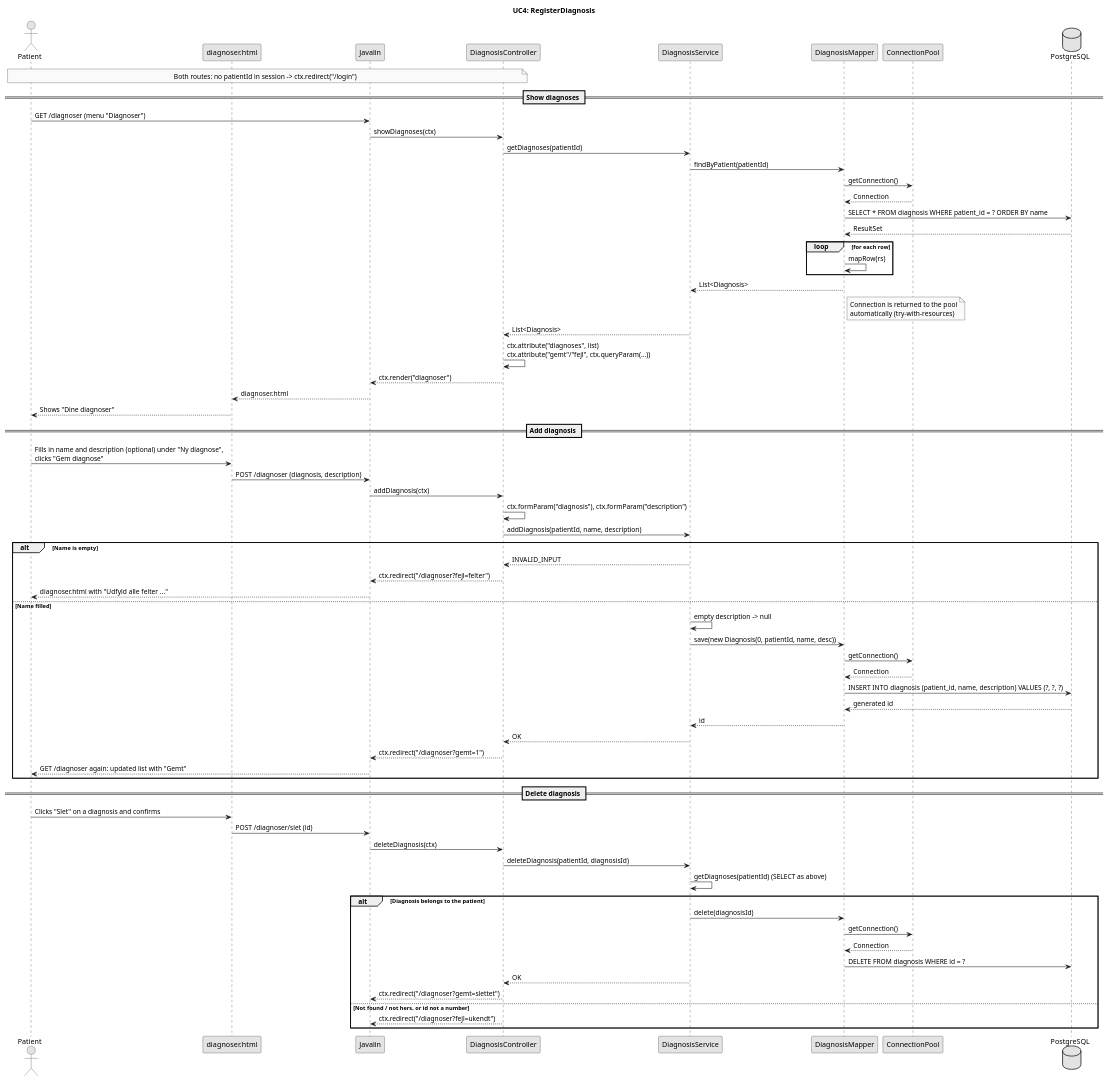
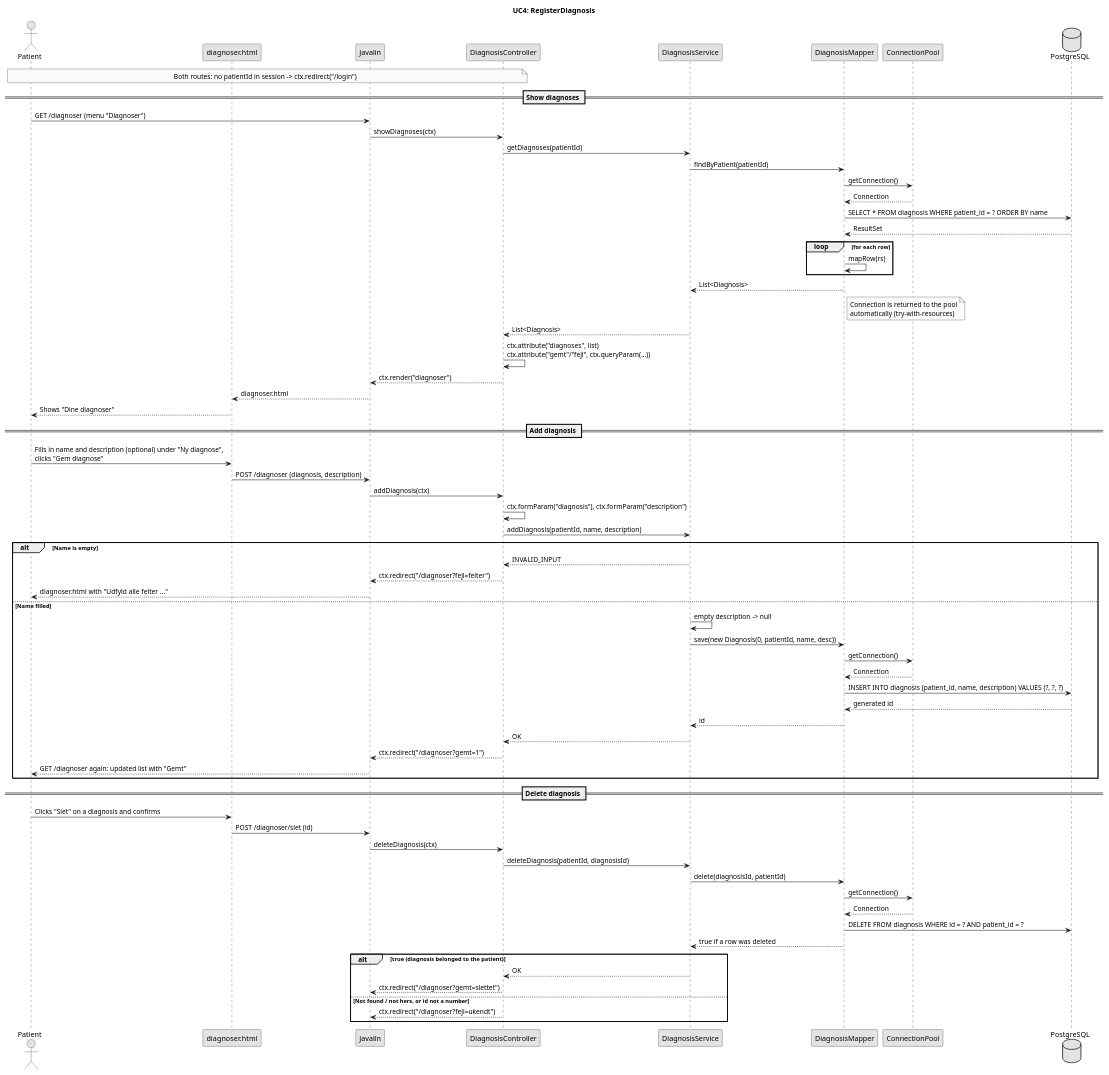
Before and after one commit to BesimaP/Simpl-PET-project: the diagram in doc/dynamic/UC4 - RegisterDiagnosis.puml, drawn with PlantUML. The commit also changed 51 other files, not shown here.

```diff
--- a/doc/dynamic/UC4 - RegisterDiagnosis.puml
+++ b/doc/dynamic/UC4 - RegisterDiagnosis.puml
@@ -1,80 +1,80 @@
 @startuml
 !pragma layout smetana
 skinparam shadowing false
 skinparam monochrome true
 skinparam defaultFontName Arial
 
 title UC4: RegisterDiagnosis
 
 actor "Patient" as u
 participant "diagnoser.html" as v
 participant "Javalin" as j
 participant "DiagnosisController" as c
 participant "DiagnosisService" as s
 participant "DiagnosisMapper" as dm
 participant "ConnectionPool" as cp
 database "PostgreSQL" as db
 
 note over u, c : Both routes: no patientId in session -> ctx.redirect("/login")
 
 == Show diagnoses ==
 u -> j : GET /diagnoser (menu "Diagnoser")
 j -> c : showDiagnoses(ctx)
 c -> s : getDiagnoses(patientId)
 s -> dm : findByPatient(patientId)
 dm -> cp : getConnection()
 cp --> dm : Connection
 dm -> db : SELECT * FROM diagnosis WHERE patient_id = ? ORDER BY name
 db --> dm : ResultSet
 loop for each row
   dm -> dm : mapRow(rs)
 end
 dm --> s : List<Diagnosis>
 note right of dm : Connection is returned to the pool\nautomatically (try-with-resources)
 s --> c : List<Diagnosis>
 c -> c : ctx.attribute("diagnoses", list)\nctx.attribute("gemt"/"fejl", ctx.queryParam(...))
 c --> j : ctx.render("diagnoser")
 j --> v : diagnoser.html
 v --> u : Shows "Dine diagnoser"
 
 == Add diagnosis ==
 u -> v : Fills in name and description (optional) under "Ny diagnose",\nclicks "Gem diagnose"
 v -> j : POST /diagnoser (diagnosis, description)
 j -> c : addDiagnosis(ctx)
 c -> c : ctx.formParam("diagnosis"), ctx.formParam("description")
 c -> s : addDiagnosis(patientId, name, description)
 alt Name is empty
   s --> c : INVALID_INPUT
   c --> j : ctx.redirect("/diagnoser?fejl=felter")
   j --> u : diagnoser.html with "Udfyld alle felter ..."
 else Name filled
   s -> s : empty description -> null
   s -> dm : save(new Diagnosis(0, patientId, name, desc))
   dm -> cp : getConnection()
   cp --> dm : Connection
   dm -> db : INSERT INTO diagnosis (patient_id, name, description) VALUES (?, ?, ?)
   db --> dm : generated id
   dm --> s : id
   s --> c : OK
   c --> j : ctx.redirect("/diagnoser?gemt=1")
   j --> u : GET /diagnoser again: updated list with "Gemt"
 end
 
 == Delete diagnosis ==
 u -> v : Clicks "Slet" on a diagnosis and confirms
 v -> j : POST /diagnoser/slet (id)
 j -> c : deleteDiagnosis(ctx)
 c -> s : deleteDiagnosis(patientId, diagnosisId)
-s -> s : getDiagnoses(patientId) (SELECT as above)
-alt Diagnosis belongs to the patient
-  s -> dm : delete(diagnosisId)
-  dm -> cp : getConnection()
-  cp --> dm : Connection
-  dm -> db : DELETE FROM diagnosis WHERE id = ?
+s -> dm : delete(diagnosisId, patientId)
+dm -> cp : getConnection()
+cp --> dm : Connection
+dm -> db : DELETE FROM diagnosis WHERE id = ? AND patient_id = ?
+dm --> s : true if a row was deleted
+alt true (diagnosis belonged to the patient)
   s --> c : OK
   c --> j : ctx.redirect("/diagnoser?gemt=slettet")
 else Not found / not hers, or id not a number
   c --> j : ctx.redirect("/diagnoser?fejl=ukendt")
 end
 
 @enduml
```
